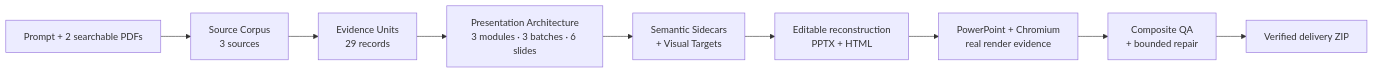
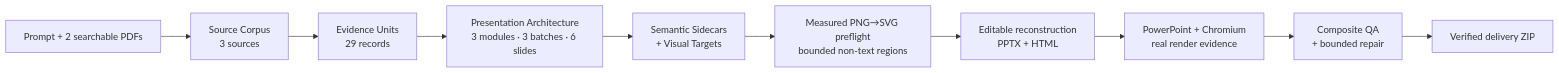
One commit to CAPTW/PPTXGenerator changed the diagram in README.md. Above: the diagram before and after it, drawn with Mermaid. The commit also changed other lines of this file and 21 other files, not shown here.

Commit message:
feat(workflow): add measured PNG-to-SVG preflight

````diff
--- a/README.md
+++ b/README.md
@@ -42,11 +42,12 @@
 ```mermaid
 flowchart LR
     A["Prompt + 2 searchable PDFs"] --> B["Source Corpus<br/>3 sources"]
     B --> C["Evidence Units<br/>29 records"]
     C --> D["Presentation Architecture<br/>3 modules · 3 batches · 6 slides"]
     D --> E["Semantic Sidecars<br/>+ Visual Targets"]
-    E --> F["Editable reconstruction<br/>PPTX + HTML"]
+    E --> V["Measured PNG→SVG preflight<br/>bounded non-text regions"]
+    V --> F["Editable reconstruction<br/>PPTX + HTML"]
     F --> G["PowerPoint + Chromium<br/>real render evidence"]
     G --> H["Composite QA<br/>+ bounded repair"]
     H --> I["Verified delivery ZIP"]
 ```
````
